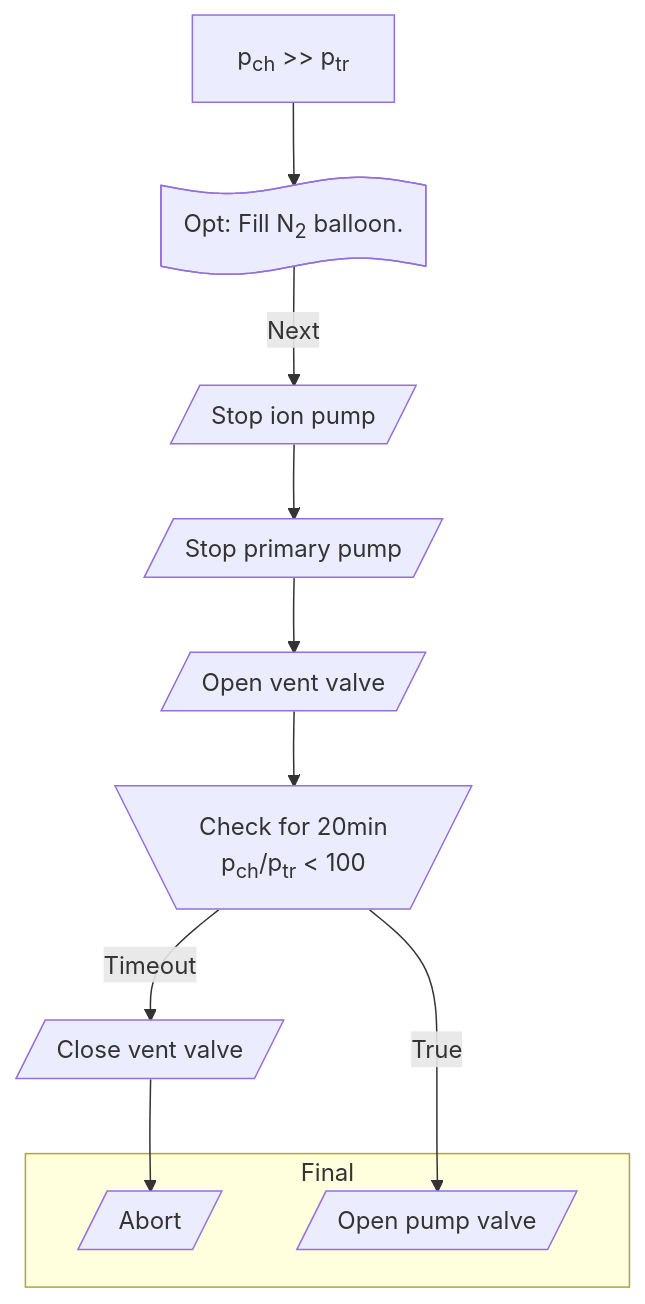
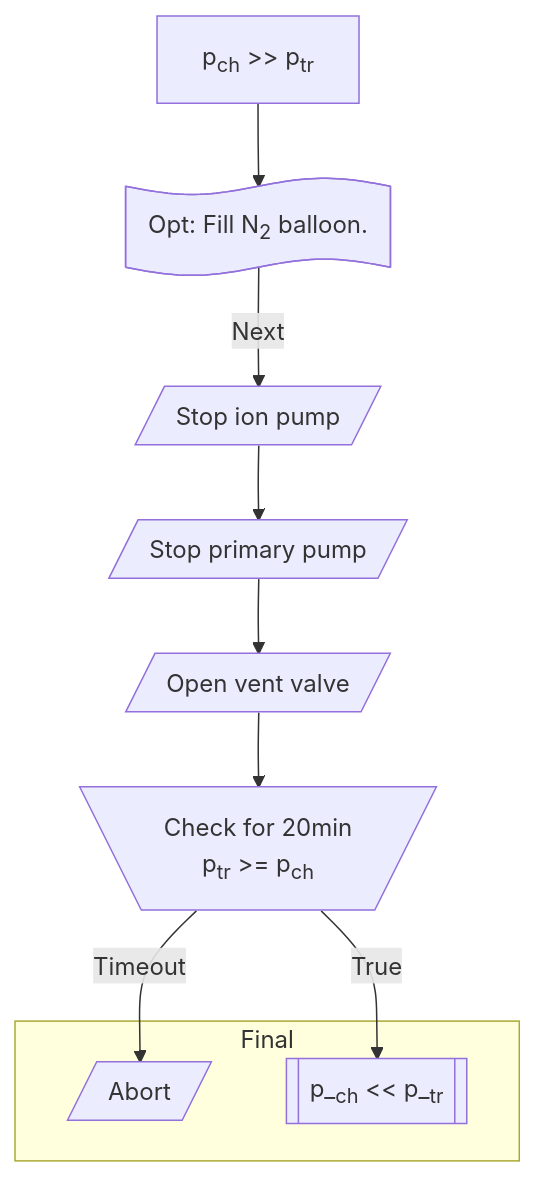
The tenth of 11 diagrams in docs/src/workflows.md (parkourlrc/pcb-trappitsch--cryostorage-42fec10e6a), drawn with Mermaid before and after one commit. The commit also changed other lines of this file and 5 other files, not shown here.

````diff
--- a/docs/src/workflows.md
+++ b/docs/src/workflows.md
@@ -316,18 +322,18 @@
 ```mermaid
   flowchart TD
     PR[p<sub>ch</sub> >> p<sub>tr</sub>] --> N2Not
     N2Not@{ shape: paper-tape, label: "Opt: Fill N<sub>2</sub> balloon."} -->|Next| StopIP
     StopIP[/Stop ion pump/] --> StopPP
     StopPP[/Stop primary pump/] --> OVV
     OVV[/Open vent valve/] --> TIM
 
     TIM[\"Check for 20min
-      p<sub>ch</sub>/p<sub>tr</sub> < 100"/]
-    TIM -->|Timeout| CVV[/Close vent valve/] --> Err
+      p<sub>tr</sub> >= p<sub>ch</sub>"/]
+    TIM -->|Timeout| Err
     TIM -->|True| Ok
 
     subgraph Level3 [Final]
-      Ok[/Open pump valve/]
+      Ok[[p_<sub>ch</sub> << p_<sub>tr</sub>]]
       Err[/Abort/]
     end
 ```
````
